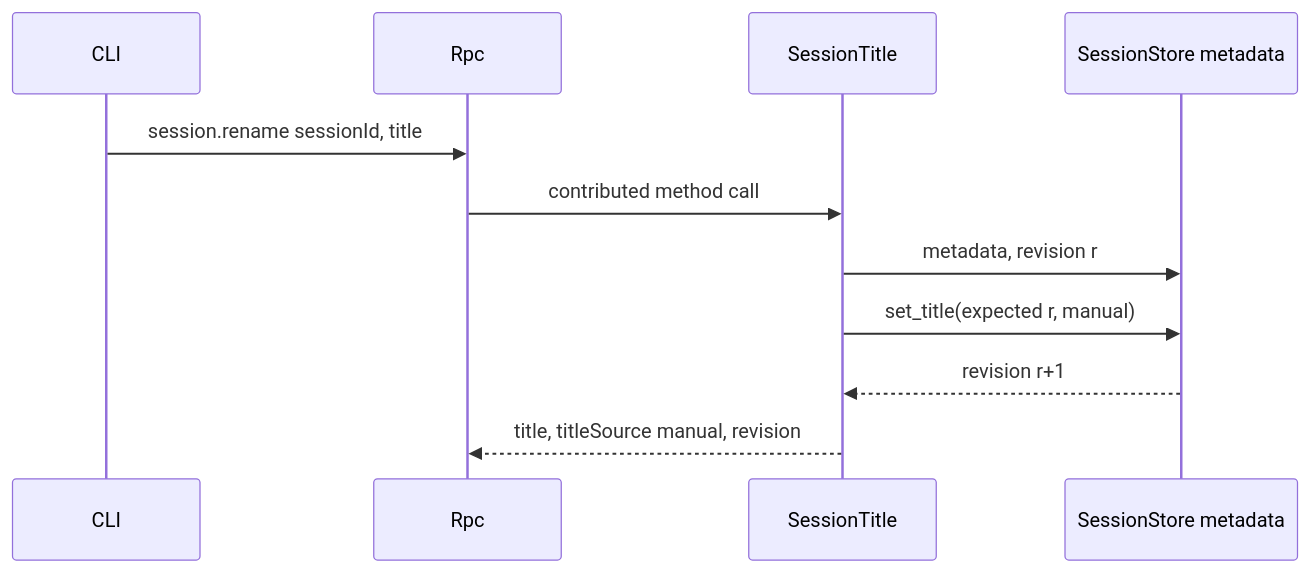
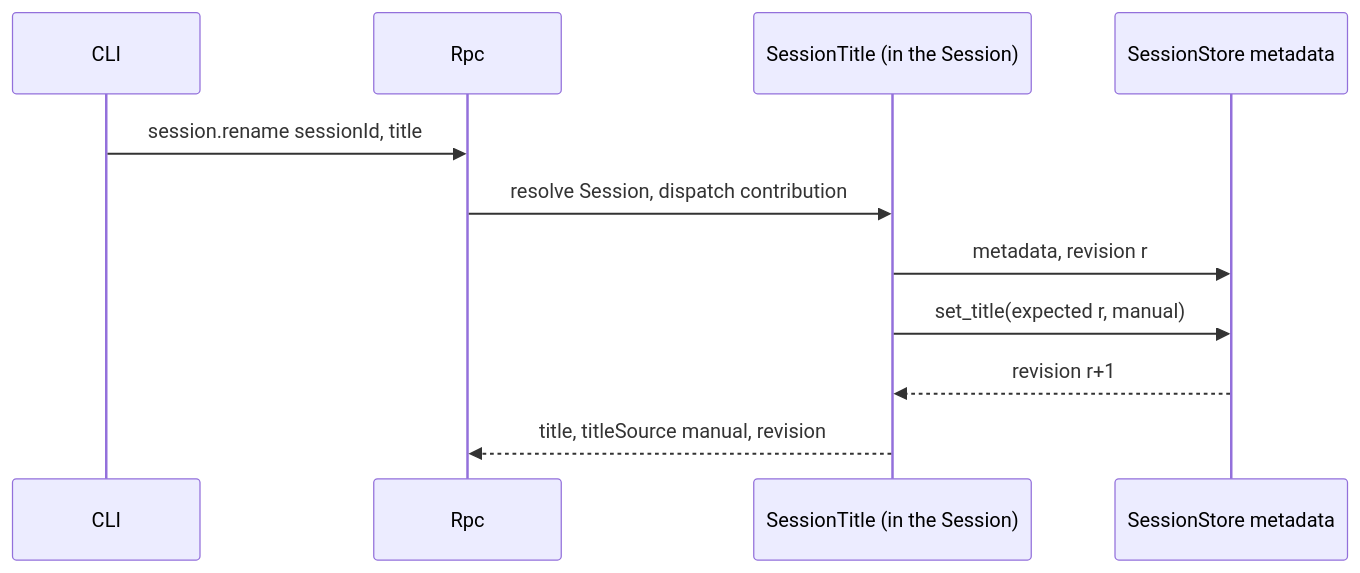
One commit to CoutinhoTTS/dim-agent changed the fourth of 5 diagrams in docs/design/plugins/SessionTitle.md. Above: the diagram before and after it, drawn with Mermaid. The commit also changed other lines of this file and 3 other files, not shown here.

````diff
--- a/docs/design/plugins/SessionTitle.md
+++ b/docs/design/plugins/SessionTitle.md
@@ -96,13 +89,13 @@
 ```mermaid
 sequenceDiagram
   participant CLI
   participant Rpc
-  participant ST as SessionTitle
+  participant ST as SessionTitle (in the Session)
   participant Meta as SessionStore metadata
   CLI->>Rpc: session.rename sessionId, title
-  Rpc->>ST: contributed method call
+  Rpc->>ST: resolve Session, dispatch contribution
   ST->>Meta: metadata, revision r
   ST->>Meta: set_title(expected r, manual)
   Meta-->>ST: revision r+1
   ST-->>Rpc: title, titleSource manual, revision
 ```
````
